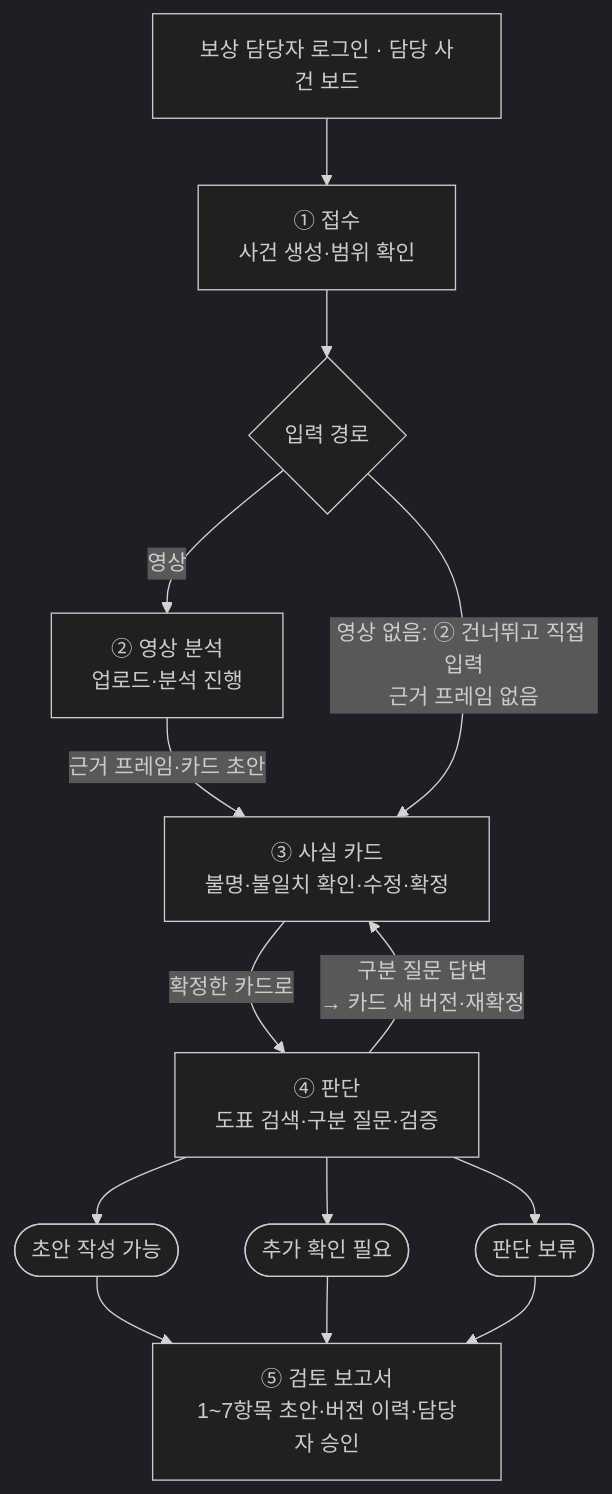
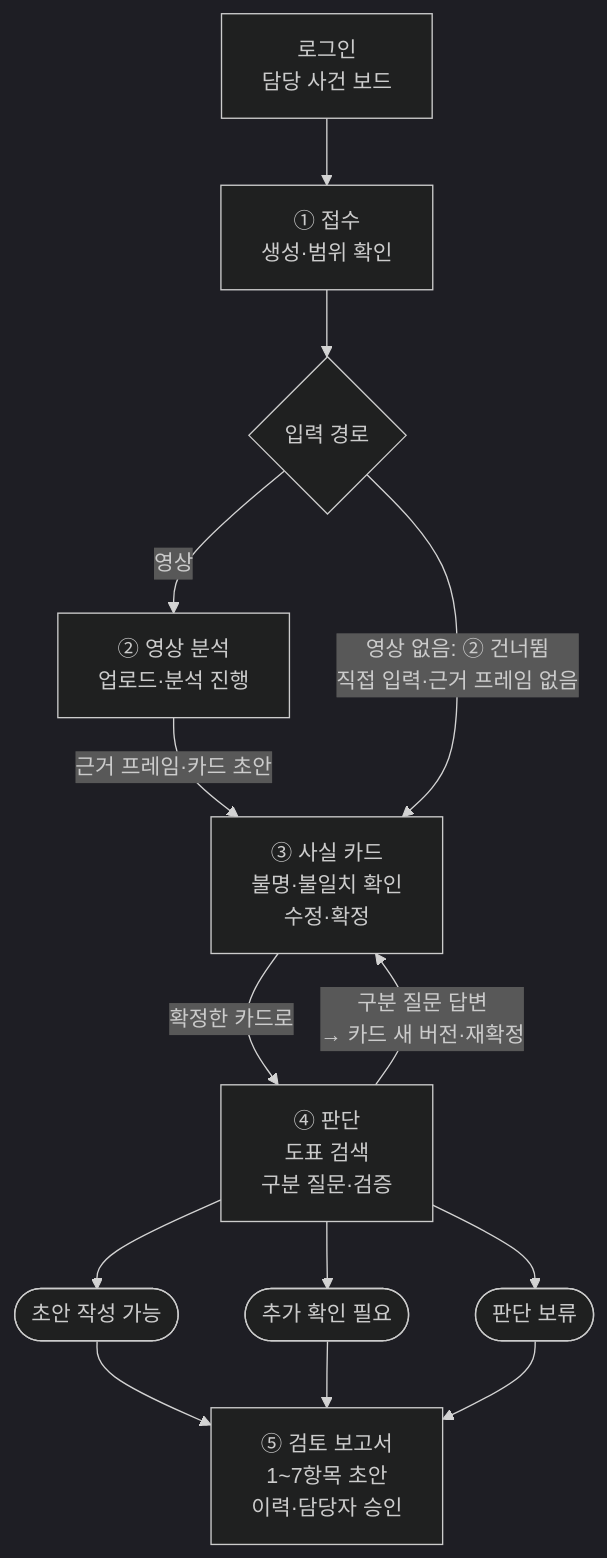
Before and after one commit to Ok-Muncheol/ok-muncheol-fe: the diagram in README.md, drawn with Mermaid (dark theme).

Commit message:
[DOC] 사용자 흐름도 칸 글자를 줄 단위로 끊어 단어 중간 줄바꿈을 없앤다
- GitHub 렌더링에서 칸 한 줄에 한글 약 8자만 들어가 '로그/인'·'확/인'·'질/문'·'승/인'처럼 단어 중간에서 줄이 바뀌었다
- 각 칸과 '영상 없음' 화살표 라벨을 <br/>로 직접 끊는다. 흐름·분기·판정 상태는 바꾸지 않는다

````diff
--- a/README.md
+++ b/README.md
@@ -41,16 +41,16 @@
 ```mermaid
 flowchart TD
-    A["보상 담당자 로그인 · 담당 사건 보드"] --> B["① 접수<br/>사건 생성·범위 확인"]
+    A["로그인<br/>담당 사건 보드"] --> B["① 접수<br/>생성·범위 확인"]
     B --> C{입력 경로}
     C -->|영상| D["② 영상 분석<br/>업로드·분석 진행"]
-    D -->|"근거 프레임·카드 초안"| E["③ 사실 카드<br/>불명·불일치 확인·수정·확정"]
-    C -->|"영상 없음: ② 건너뛰고 직접 입력<br/>근거 프레임 없음"| E
-    E -->|확정한 카드로| F["④ 판단<br/>도표 검색·구분 질문·검증"]
+    D -->|"근거 프레임·카드 초안"| E["③ 사실 카드<br/>불명·불일치 확인<br/>수정·확정"]
+    C -->|"영상 없음: ② 건너뜀<br/>직접 입력·근거 프레임 없음"| E
+    E -->|확정한 카드로| F["④ 판단<br/>도표 검색<br/>구분 질문·검증"]
     F -->|"구분 질문 답변<br/>→ 카드 새 버전·재확정"| E
 
     R1(["초안 작성 가능"])
     R2(["추가 확인 필요"])
     R3(["판단 보류"])
     F --> R1 & R2 & R3
-    R1 & R2 & R3 --> G["⑤ 검토 보고서<br/>1~7항목 초안·버전 이력·담당자 승인"]
+    R1 & R2 & R3 --> G["⑤ 검토 보고서<br/>1~7항목 초안<br/>이력·담당자 승인"]
 ```
````
